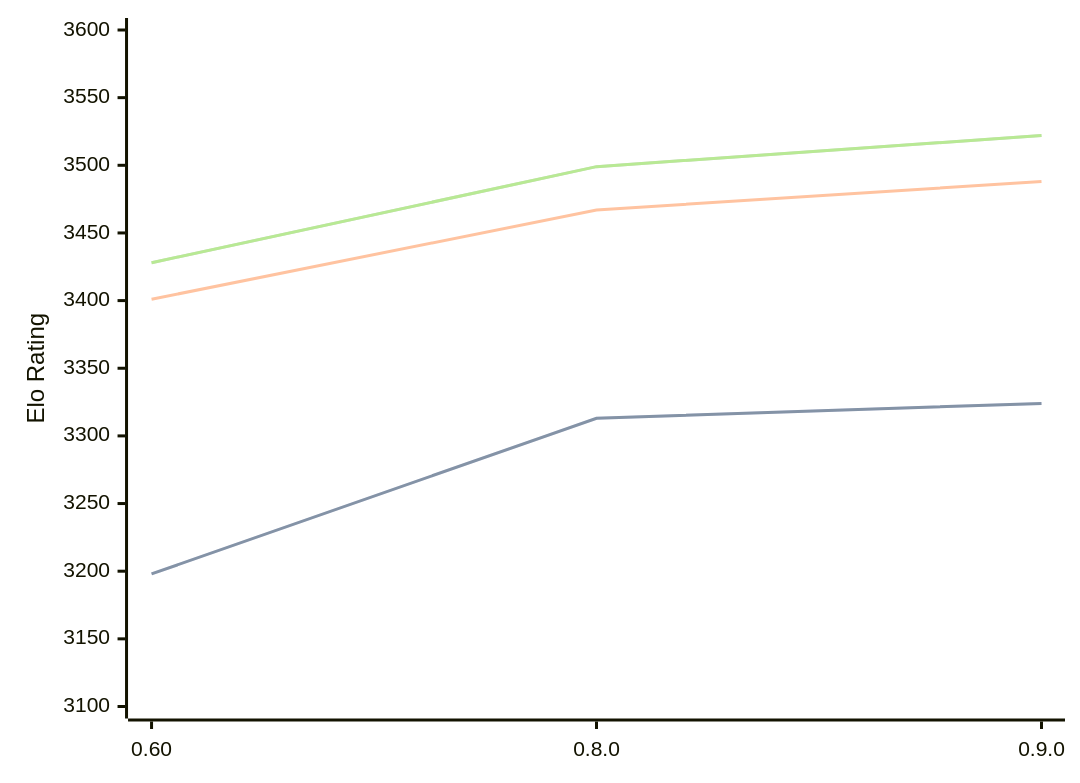
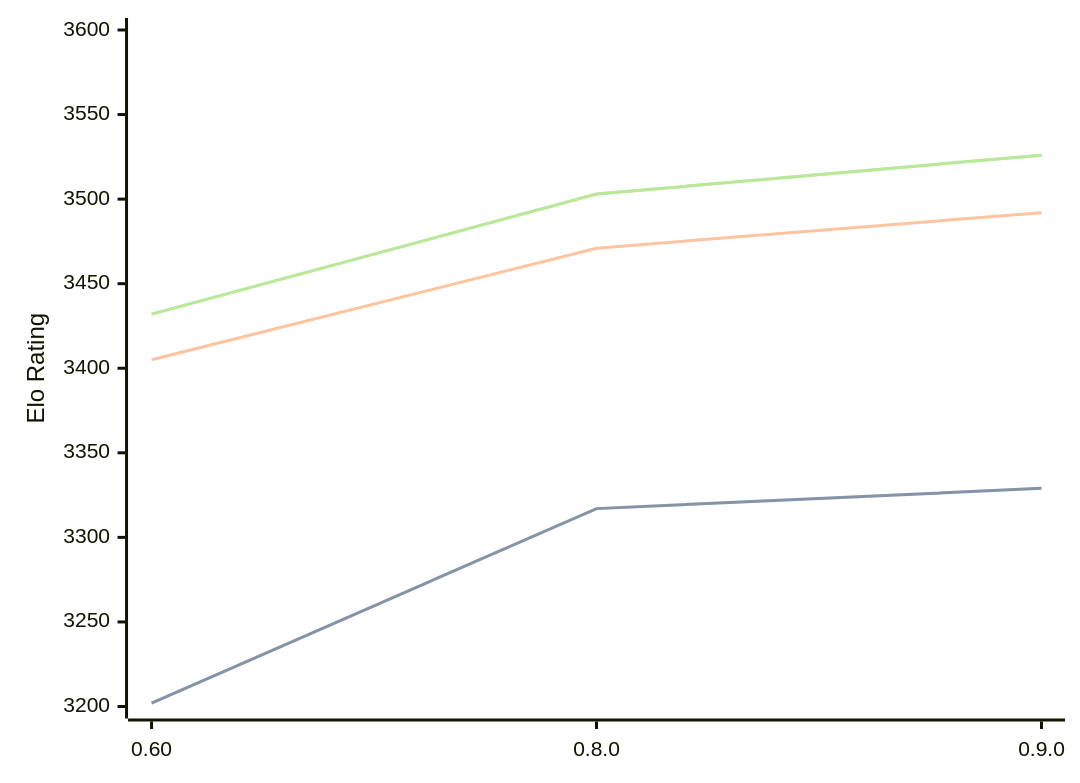
Before and after one commit to computer-chess-index/cci: the diagram in engines/Motor.md, drawn with Mermaid. The commit also changed other lines of this file, not shown here.

Commit message:
Update CCI Ratings (ELO VLTC) - 2026-08-18

````diff
--- a/engines/Motor.md
+++ b/engines/Motor.md
@@ -33,11 +33,11 @@
 ```mermaid
 %%{init: {"theme":"base","themeVariables":{"seriesColors:['#a3a3a3','#222221','#faa371']}}}%%
 xychart-beta
   x-axis ["0.60", "0.8.0", "0.9.0"]
-  y-axis "Elo Rating" 3100 --> 3600
-  line "STC (8.0+0.08s)" [3198, 3313, 3324]
-  line "STC (8.0+0.08s)" [3198, 3313, 3324]
-  line "LTC (60.0+0.60s)" [3401, 3467, 3488]
-  line "VLTC (2m24s+1.12s)" [3428, 3499, 3522]
-  line "VLTC (2m24s+1.12s)" [3428, 3499, 3522]
+  y-axis "Elo Rating" 3200 --> 3600
+  line "STC (8.0+0.08s)" [3202, 3317, 3329]
+  line "STC (8.0+0.08s)" [3202, 3317, 3329]
+  line "LTC (60.0+0.60s)" [3405, 3471, 3492]
+  line "VLTC (2m24s+1.12s)" [3432, 3503, 3526]
+  line "VLTC (2m24s+1.12s)" [3432, 3503, 3526]
 ```
````
